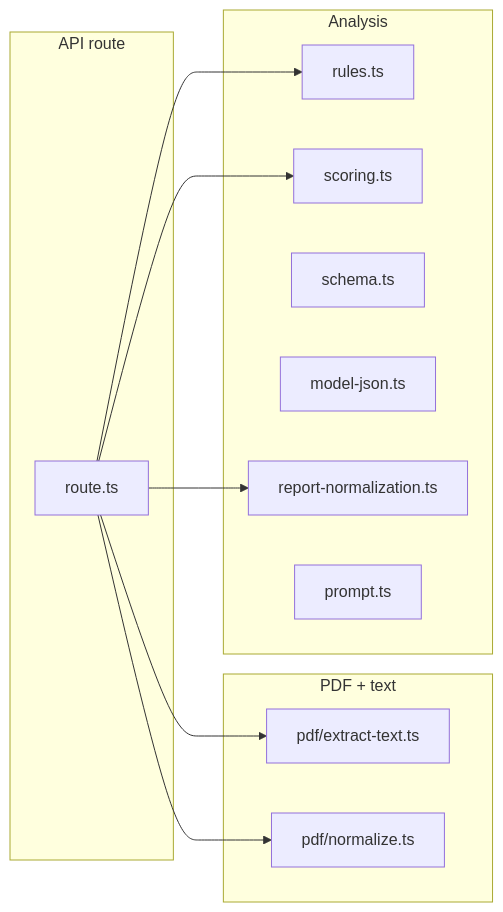
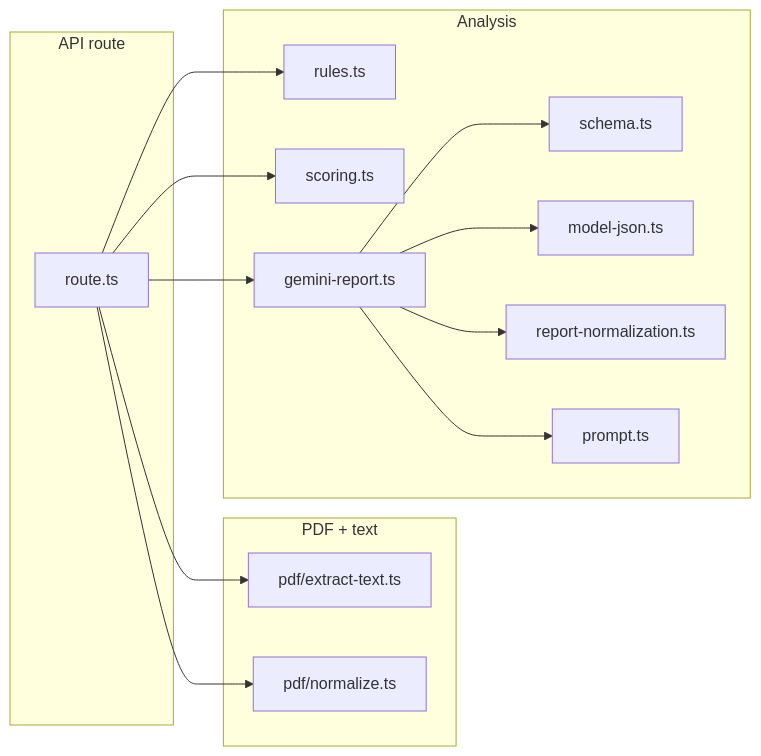
The second of 2 diagrams in README.md (ChimdumebiNebolisa/BeforeYouSign), drawn with Mermaid before and after one commit. The commit also changed other lines of this file and 20 other files, not shown here.

````diff
--- a/README.md
+++ b/README.md
@@ -156,26 +169,31 @@
 ```mermaid
 flowchart LR
   subgraph api["API route"]
     RT["route.ts"]
   end
 
   subgraph pdf["PDF + text"]
     EXT["pdf/extract-text.ts"]
     NOR["pdf/normalize.ts"]
   end
 
   subgraph analysis["Analysis"]
     RL["rules.ts"]
     SC["scoring.ts"]
+    GR["gemini-report.ts"]
     SCH["schema.ts"]
     MR["model-json.ts"]
     REP["report-normalization.ts"]
     PR["prompt.ts"]
   end
 
   RT --> EXT
   RT --> NOR
   RT --> RL
   RT --> SC
-  RT --> REP
+  RT --> GR
+  GR --> SCH
+  GR --> MR
+  GR --> REP
+  GR --> PR
 ```
````
